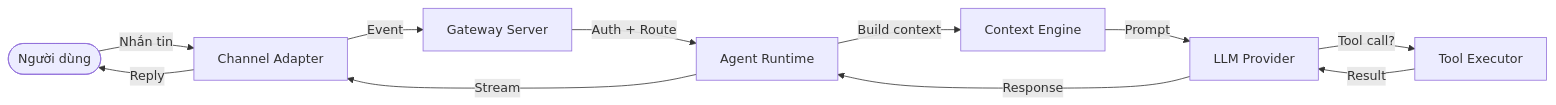
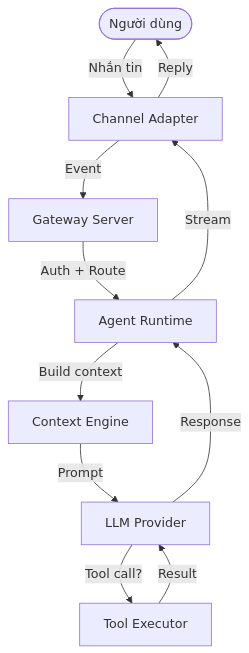
Before and after one commit to dvduongth/research_doc: the first of 2 diagrams in open_claw/openclaw_deep_dive_full.md, drawn with Mermaid. The commit also changed other lines of this file and 3 other files, not shown here.

````diff
--- a/open_claw/openclaw_deep_dive_full.md
+++ b/open_claw/openclaw_deep_dive_full.md
@@ -174,13 +174,13 @@
 ```mermaid
-flowchart LR
+flowchart TD
     User([Người dùng]) -->|Nhắn tin| Channel[Channel Adapter]
     Channel -->|Event| Gateway[Gateway Server]
     Gateway -->|Auth + Route| AgentRuntime[Agent Runtime]
     AgentRuntime -->|Build context| ContextEngine[Context Engine]
     ContextEngine -->|Prompt| LLM[LLM Provider]
     LLM -->|Tool call?| ToolExecutor[Tool Executor]
     ToolExecutor -->|Result| LLM
     LLM -->|Response| AgentRuntime
     AgentRuntime -->|Stream| Channel
     Channel -->|Reply| User
 ```
````
